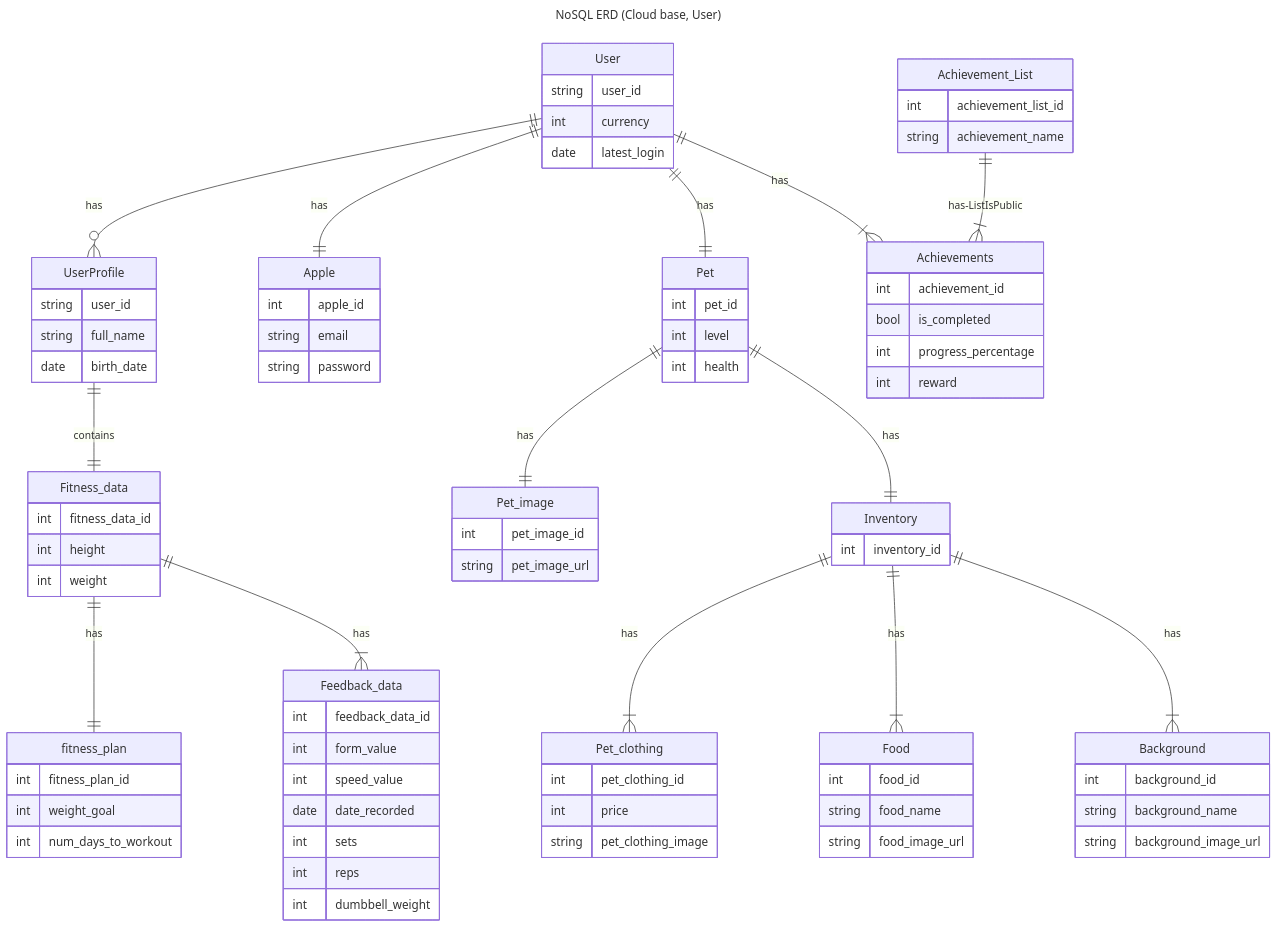
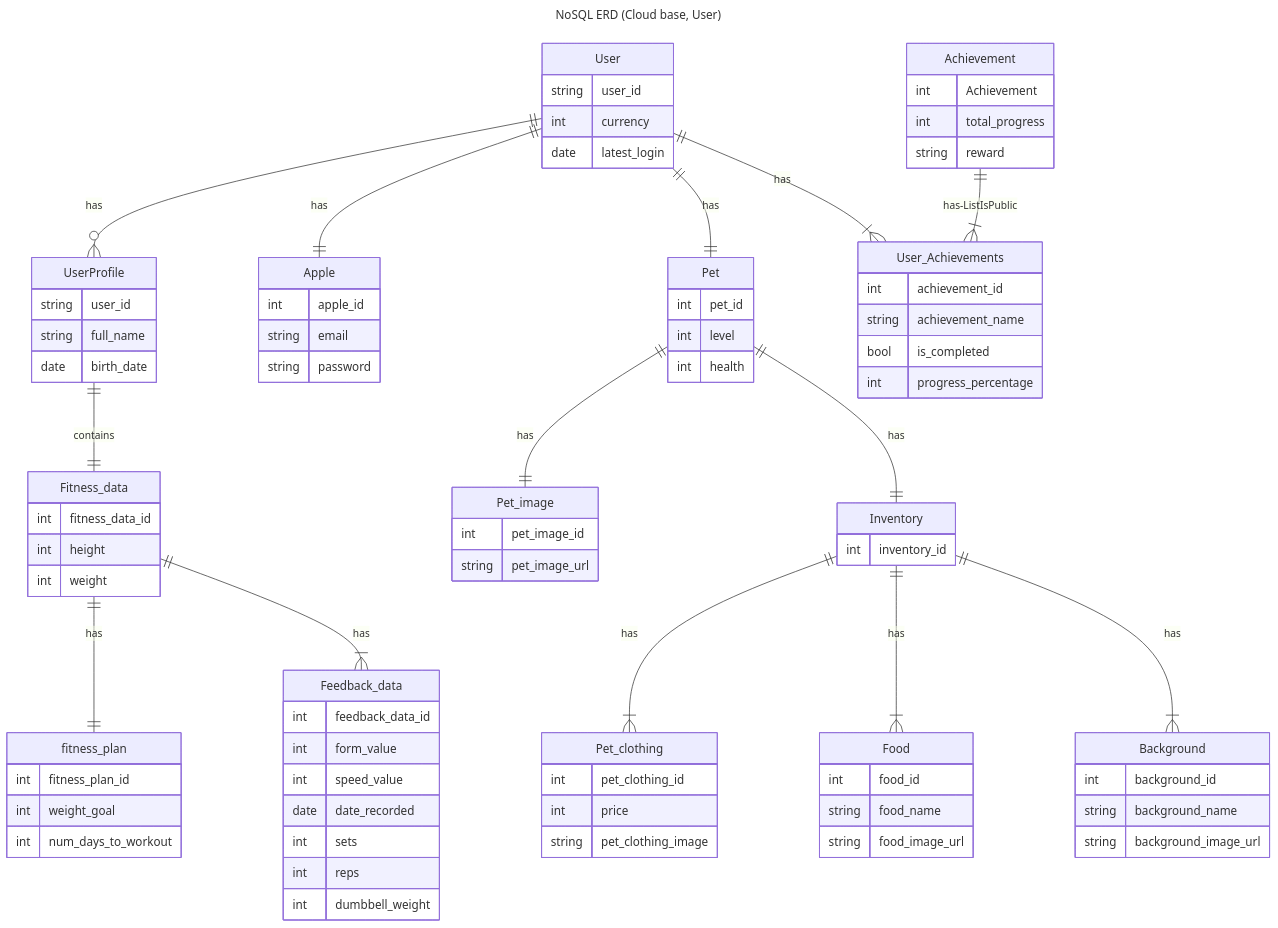
One commit to Capstone-Projects-2024-Spring/project-smartweights changed the first of 4 diagrams in documentation/docs/system-architecture/database-diagrams.md. Above: the diagram before and after it, drawn with Mermaid.

````diff
--- a/documentation/docs/system-architecture/database-diagrams.md
+++ b/documentation/docs/system-architecture/database-diagrams.md
@@ -32,8 +32,8 @@
     %% Shop ||--|{ Pet_clothing: has
     Fitness_data||--||fitness_plan: has 
     Fitness_data||--|{Feedback_data:has
-    User ||--|{Achievements:has
-    Achievement_List ||--|{ Achievements: has-ListIsPublic
+   User ||--|{User_Achievements:has
+    Achievement ||--|{ User_Achievements: has-ListIsPublic
 
     UserProfile {
         string user_id
@@ -104,15 +104,17 @@
         int price 
         string pet_clothing_image
     }
-    Achievement_List{
-        int achievement_list_id
-         string achievement_name
+   Achievement{
+        int Achievement
+        int total_progress
+        string reward
     }
-  Achievements{
+    User_Achievements{
         int achievement_id
-       
+        string achievement_name
          bool is_completed
         int progress_percentage
-        int reward
+      
     }
+    
 ```
````
